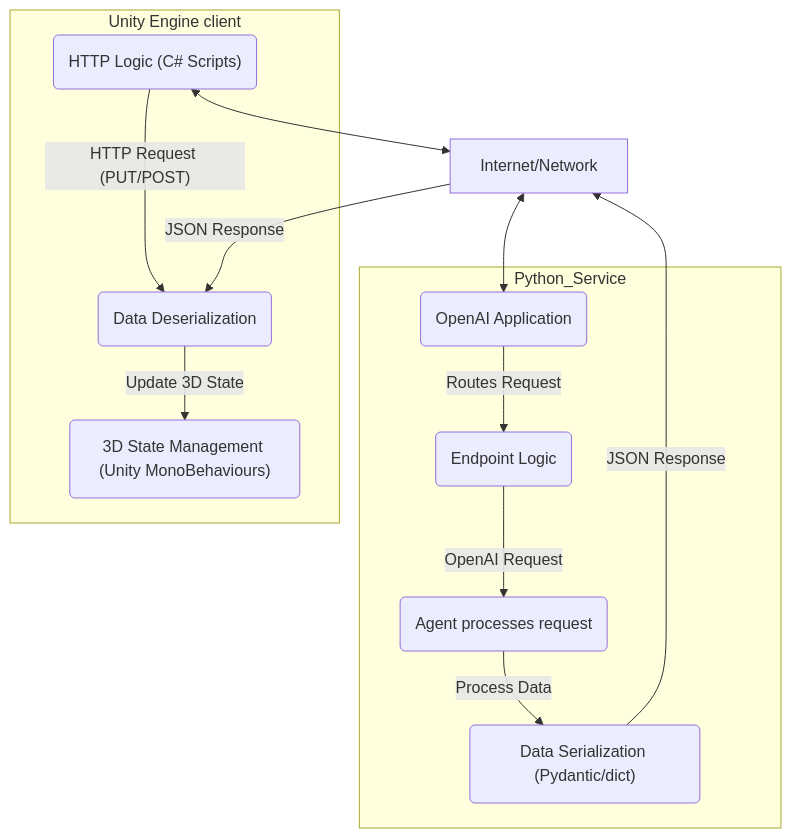
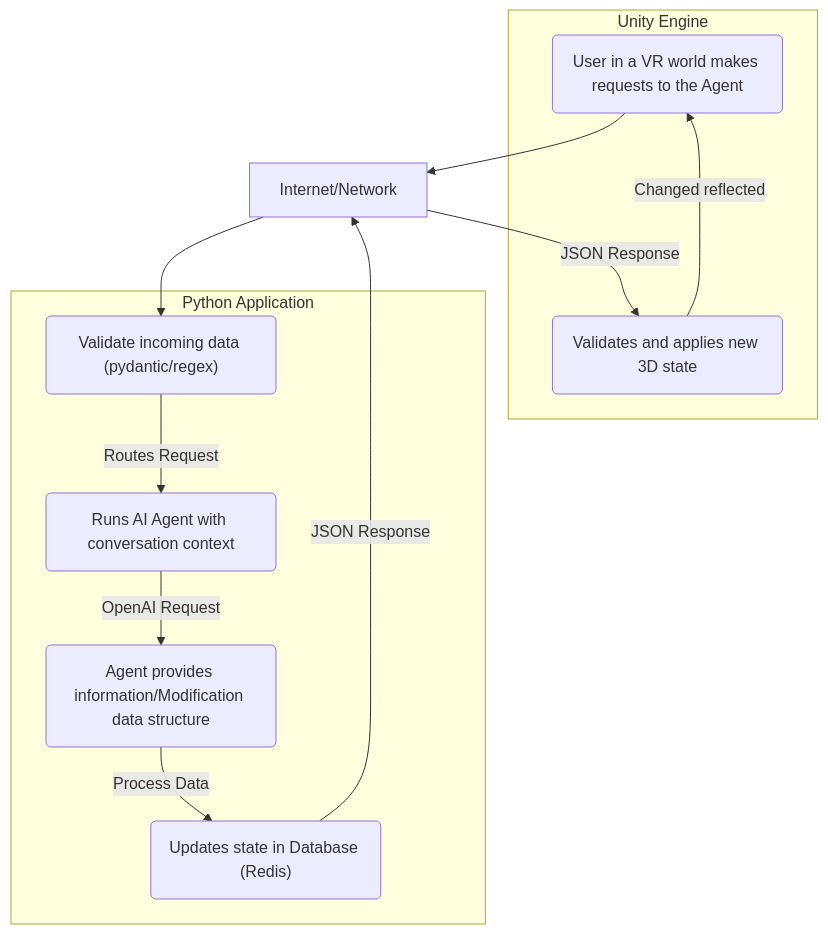
The diagram in README.md (manuelftech/ai-vr-control), drawn with Mermaid before and after one commit. The commit also changed other lines of this file and 34 other files, not shown here.

````diff
--- a/README.md
+++ b/README.md
@@ -22,25 +18,23 @@
 ```mermaid
 graph TD
-    subgraph Unity Engine client
-        UC_HL("HTTP Logic (C# Scripts)")
-        UC_DD("Data Deserialization")
-        UC_3D("3D State Management (Unity MonoBehaviours)")
-        UC_HL -- HTTP Request (PUT/POST) --> UC_DD
-        UC_DD -- Update 3D State --> UC_3D
+    subgraph Unity Engine
+        STATE_MANAGEMENT("User in a VR world makes requests to the Agent")
+        UC_DD("Validates and applies new 3D state")
+        UC_DD -- Changed reflected --> STATE_MANAGEMENT
     end
 
-    subgraph Python_Service
-        PB_F("OpenAI Application")
+    subgraph Python Application
+        PB_F("Validate incoming data (pydantic/regex)")
         PB_F -- Routes Request --> PB_EP
-        PB_EP("Endpoint Logic")
+        PB_EP("Runs AI Agent with conversation context")
         PB_EP -- OpenAI Request --> PB_S
-        PB_S("Agent processes request")
-        PB_S -- Process Data --> PB_G
-        PB_G("Data Serialization (Pydantic/dict)")
+        PB_S("Agent provides information/Modification data structure")
+        PB_S -- Process Data --> REDIS
+        REDIS("Updates state in Database (Redis)")
     end
 
-    UC_HL <--> Internet/Network
-    Internet/Network <--> PB_F
-    PB_G -- JSON Response --> Internet/Network
+    STATE_MANAGEMENT --> Internet/Network
+    Internet/Network --> PB_F
+    REDIS -- JSON Response --> Internet/Network
     Internet/Network -- JSON Response --> UC_DD
 ```
````
